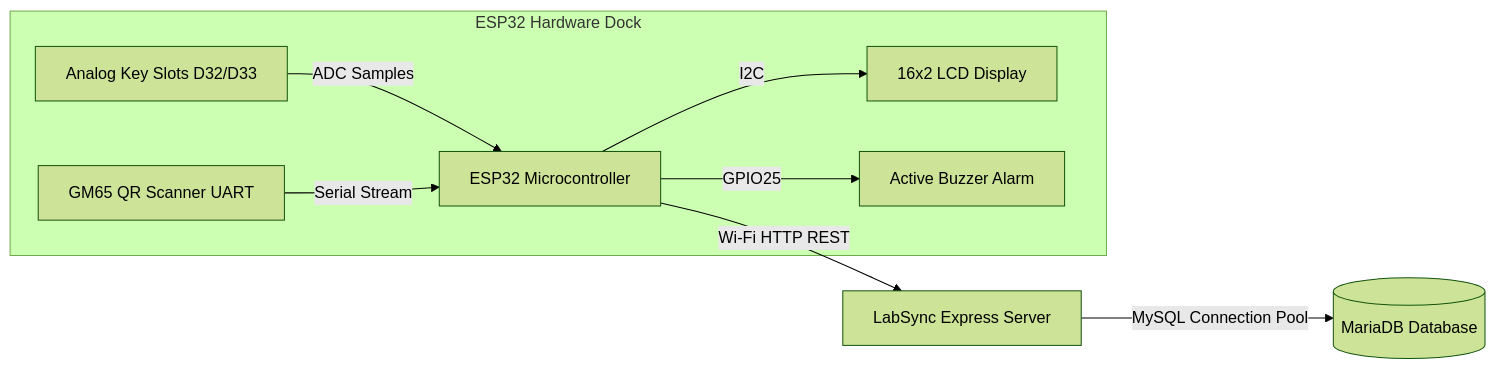
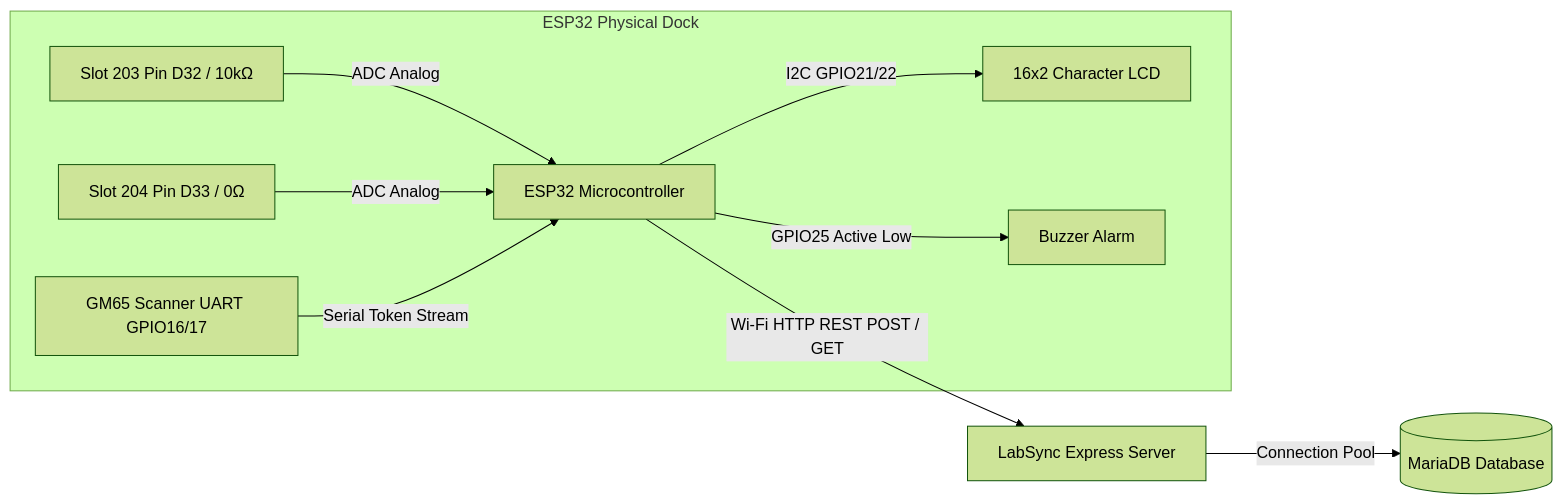
The fifth of 9 diagrams in CHAPTER-1-5-SYSTEM-DOCUMENTATION.md (slushiiplayz13-ctrl/Labsync-BULSU-Sarmiento-), drawn with Mermaid (forest theme) before and after one commit. The commit also changed other lines of this file and 56 other files, not shown here.

````diff
--- a/CHAPTER-1-5-SYSTEM-DOCUMENTATION.md
+++ b/CHAPTER-1-5-SYSTEM-DOCUMENTATION.md
@@ -241,11 +349,12 @@
 ```mermaid
 graph LR
-    subgraph ESP32 Hardware Dock
-        Keys[Analog Key Slots D32/D33] -->|ADC Samples| ESP32[ESP32 Microcontroller]
-        GM65[GM65 QR Scanner UART] -->|Serial Stream| ESP32
-        ESP32 -->|I2C| LCD[16x2 LCD Display]
-        ESP32 -->|GPIO25| Buzzer[Active Buzzer Alarm]
+    subgraph ESP32 Physical Dock
+        Key203[Slot 203 Pin D32 / 10kΩ] -->|ADC Analog| ESP32[ESP32 Microcontroller]
+        Key204[Slot 204 Pin D33 / 0Ω] -->|ADC Analog| ESP32
+        GM65[GM65 Scanner UART GPIO16/17] -->|Serial Token Stream| ESP32
+        ESP32 -->|I2C GPIO21/22| LCD[16x2 Character LCD]
+        ESP32 -->|GPIO25 Active Low| Buzzer[Buzzer Alarm]
     end
-    ESP32 -->|Wi-Fi HTTP REST| Server[LabSync Express Server]
-    Server -->|MySQL Connection Pool| DB[(MariaDB Database)]
+    ESP32 -->|Wi-Fi HTTP REST POST / GET| Server[LabSync Express Server]
+    Server -->|Connection Pool| DB[(MariaDB Database)]
 ```
````
